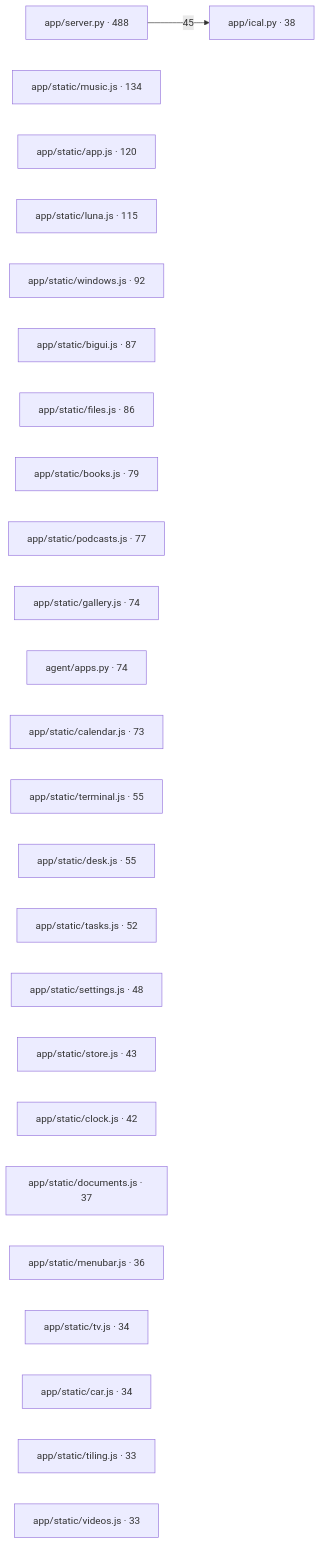
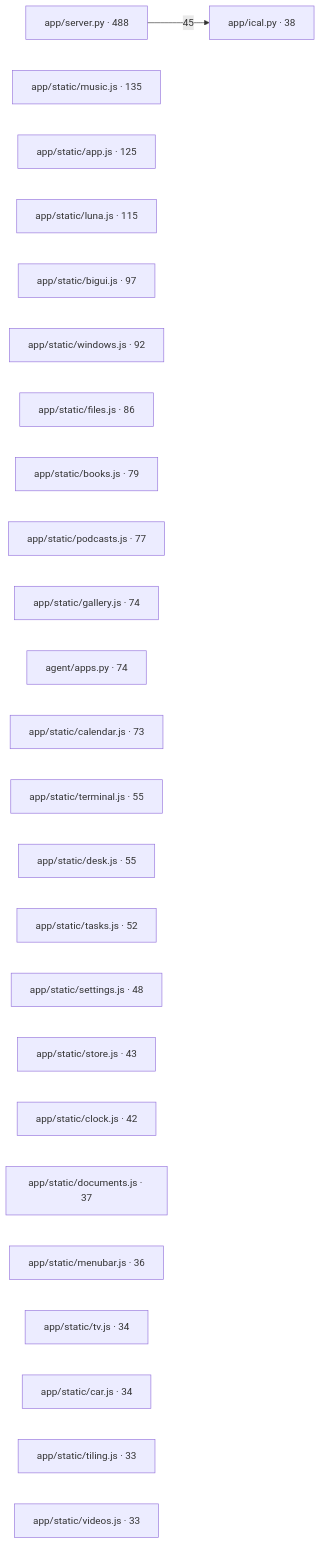
Before and after one commit to spaceadler/adlerOS: the first of 2 diagrams in CODEMAP.md, drawn with Mermaid. The commit also changed other lines of this file and 1 other file, not shown here.

````diff
--- a/CODEMAP.md
+++ b/CODEMAP.md
@@ -11,29 +11,29 @@
 ```mermaid
 flowchart LR
     n_app_server_py["app/server.py · 488"]
-    n_app_static_music_js["app/static/music.js · 134"]
-    n_app_static_app_js["app/static/app.js · 120"]
+    n_app_static_music_js["app/static/music.js · 135"]
+    n_app_static_app_js["app/static/app.js · 125"]
     n_app_static_luna_js["app/static/luna.js · 115"]
+    n_app_static_bigui_js["app/static/bigui.js · 97"]
     n_app_static_windows_js["app/static/windows.js · 92"]
-    n_app_static_bigui_js["app/static/bigui.js · 87"]
     n_app_static_files_js["app/static/files.js · 86"]
     n_app_static_books_js["app/static/books.js · 79"]
     n_app_static_podcasts_js["app/static/podcasts.js · 77"]
     n_app_static_gallery_js["app/static/gallery.js · 74"]
     n_agent_apps_py["agent/apps.py · 74"]
     n_app_static_calendar_js["app/static/calendar.js · 73"]
     n_app_static_terminal_js["app/static/terminal.js · 55"]
     n_app_static_desk_js["app/static/desk.js · 55"]
     n_app_static_tasks_js["app/static/tasks.js · 52"]
     n_app_static_settings_js["app/static/settings.js · 48"]
     n_app_static_store_js["app/static/store.js · 43"]
     n_app_static_clock_js["app/static/clock.js · 42"]
     n_app_ical_py["app/ical.py · 38"]
     n_app_static_documents_js["app/static/documents.js · 37"]
     n_app_static_menubar_js["app/static/menubar.js · 36"]
     n_app_static_tv_js["app/static/tv.js · 34"]
     n_app_static_car_js["app/static/car.js · 34"]
     n_app_static_tiling_js["app/static/tiling.js · 33"]
     n_app_static_videos_js["app/static/videos.js · 33"]
     n_app_server_py -->|45| n_app_ical_py
 ```
````
